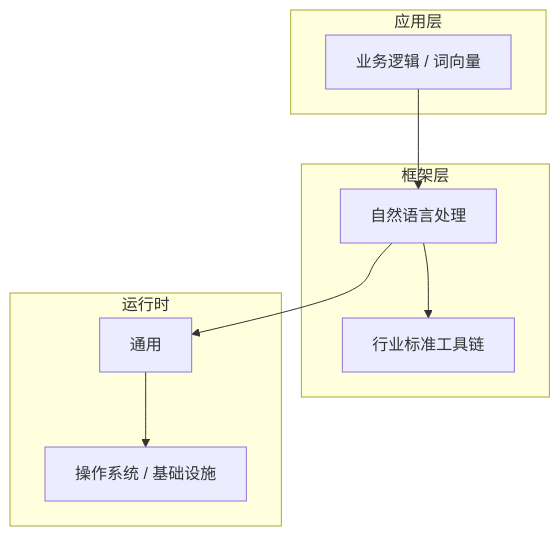
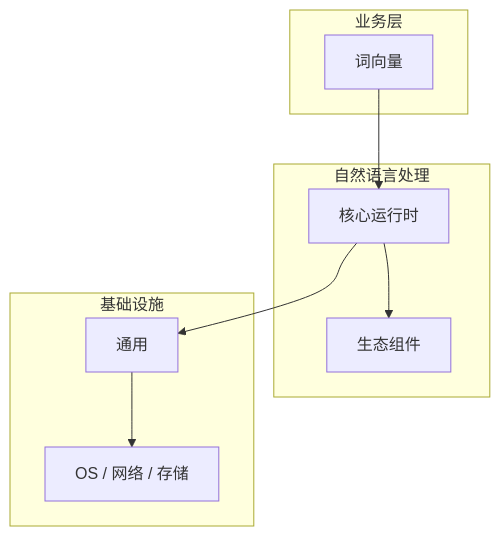
The diagram in articles/自然语言处理/chapters/019-词向量核心概念与原理.md (yanggan2015/knowledge-json-v2), drawn with Mermaid before and after one commit. The commit also changed other lines of this file and 10127 other files, not shown here.

````diff
--- a/articles/自然语言处理/chapters/019-词向量核心概念与原理.md
+++ b/articles/自然语言处理/chapters/019-词向量核心概念与原理.md
@@ -45,18 +30,18 @@
 ```mermaid
 graph TB
-    subgraph 应用层
-        A[业务逻辑 / 词向量]
+    subgraph 业务层
+        A[词向量]
     end
-    subgraph 框架层
-        B[自然语言处理]
-        C[行业标准工具链]
+    subgraph 自然语言处理
+        B[核心运行时]
+        C[生态组件]
     end
-    subgraph 运行时
+    subgraph 基础设施
         D[通用]
-        E[操作系统 / 基础设施]
+        E[OS / 网络 / 存储]
     end
     A --> B
     B --> C
     B --> D
     D --> E
 ```
````
